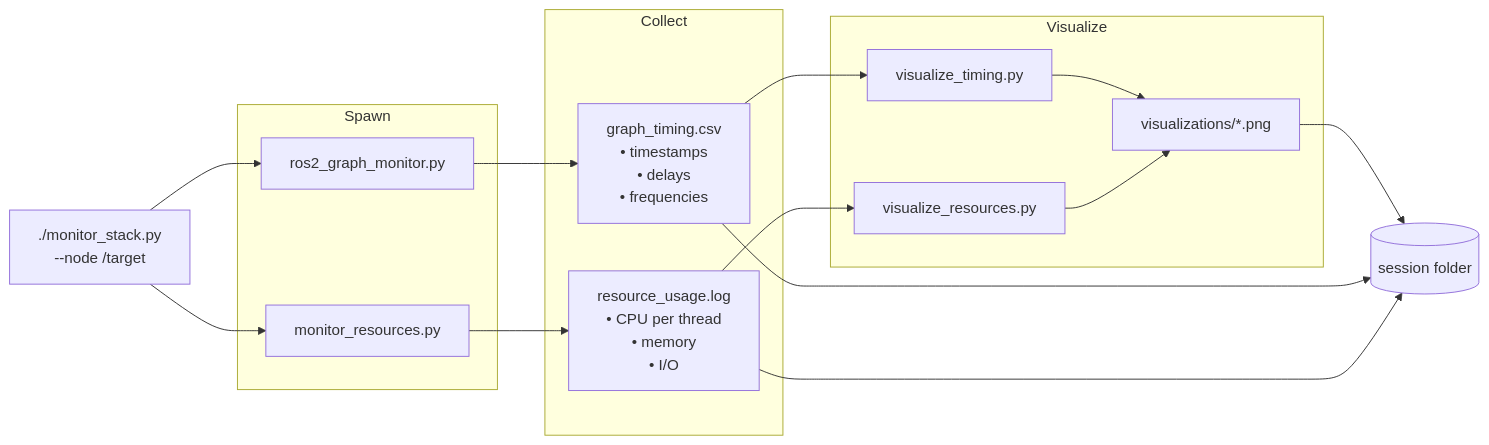
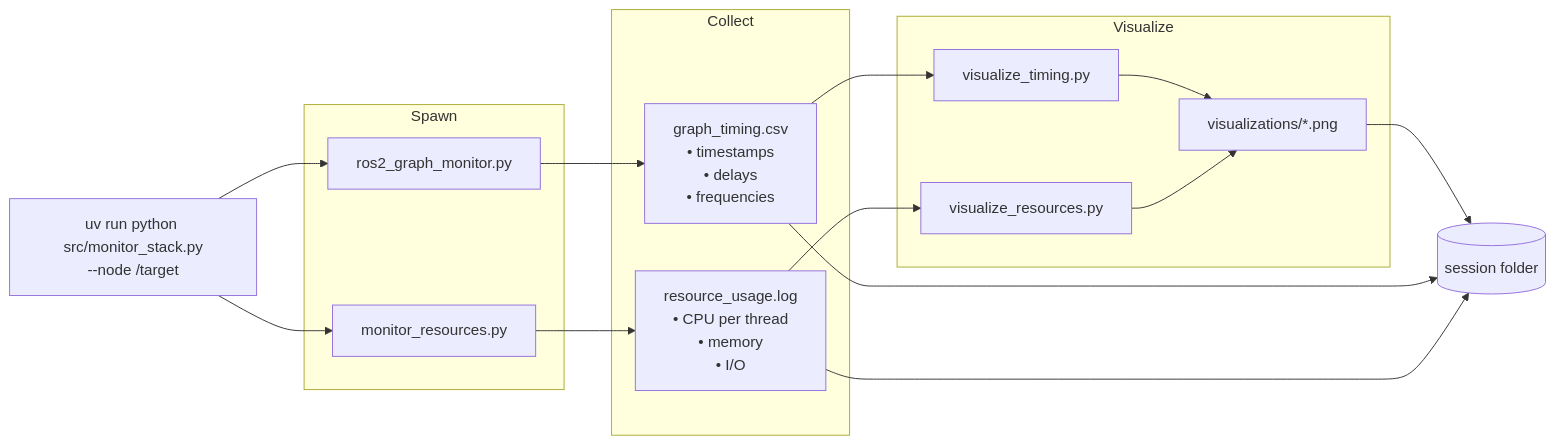
The third of 4 diagrams in robotics-ai-suite/components/ros-kpi/docs/ARCHITECTURE.md (open-edge-platform/edge-ai-suites), drawn with Mermaid before and after one commit. The commit also changed 37 other files, not shown here.

````diff
--- a/robotics-ai-suite/components/ros-kpi/docs/ARCHITECTURE.md
+++ b/robotics-ai-suite/components/ros-kpi/docs/ARCHITECTURE.md
@@ -85,34 +85,34 @@
 ```mermaid
 flowchart LR
-    CMD["./monitor_stack.py\n--node /target"]
+    CMD["uv run python src/monitor_stack.py\n--node /target"]
 
     subgraph Spawn["Spawn"]
         GM[ros2_graph_monitor.py]
         RM[monitor_resources.py]
     end
 
     subgraph Collect["Collect"]
         CSV["graph_timing.csv\n• timestamps\n• delays\n• frequencies"]
         LOG["resource_usage.log\n• CPU per thread\n• memory\n• I/O"]
     end
 
     subgraph Viz["Visualize"]
         VT[visualize_timing.py]
         VR[visualize_resources.py]
         PLOTS["visualizations/*.png"]
     end
 
     OUT[("session folder")]
 
     CMD --> GM
     CMD --> RM
     GM --> CSV
     RM --> LOG
     CSV --> VT
     LOG --> VR
     VT --> PLOTS
     VR --> PLOTS
     PLOTS --> OUT
     CSV --> OUT
     LOG --> OUT
 ```
````
